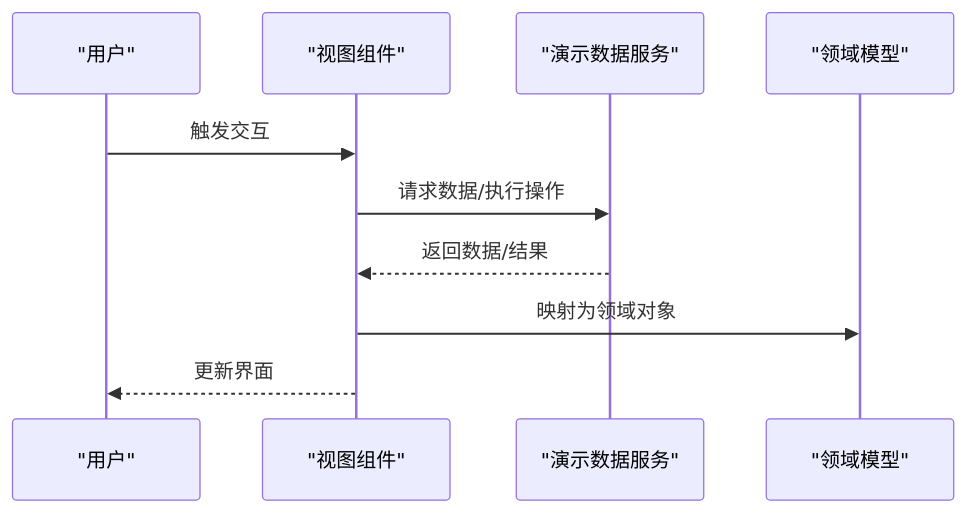
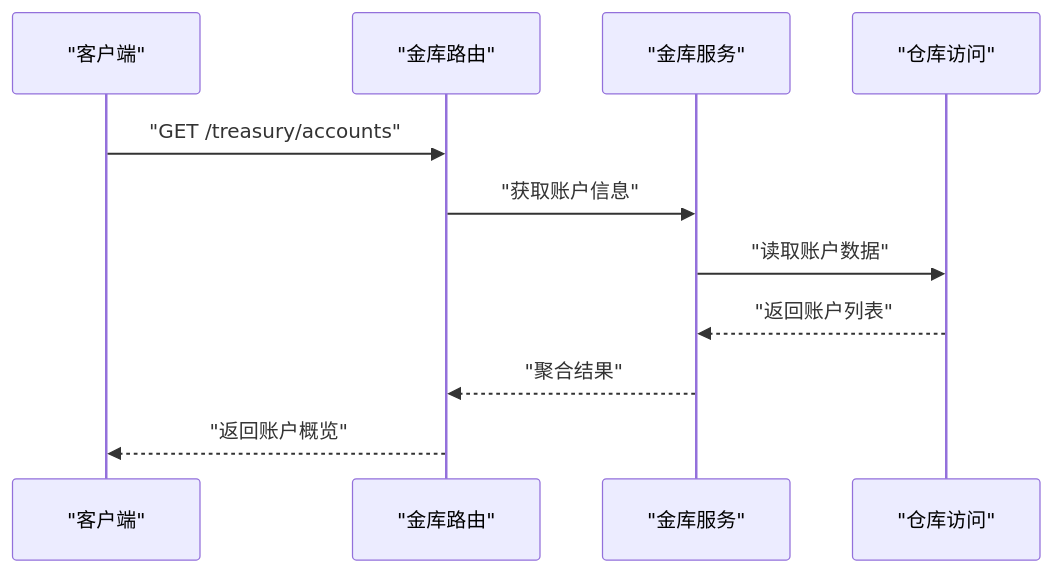
Before and after one commit to Maki3991/study-PactLedger: the fourth of 9 diagrams in .qoder/repowiki/zh/content/API参考文档/API参考文档.md, drawn with Mermaid. The commit also changed other lines of this file and 8 other files, not shown here.

````diff
--- a/.qoder/repowiki/zh/content/API参考文档/API参考文档.md
+++ b/.qoder/repowiki/zh/content/API参考文档/API参考文档.md
@@ -102,12 +216,13 @@
 ```mermaid
 sequenceDiagram
-participant U as "用户"
-participant V as "视图组件"
-participant S as "演示数据服务"
-participant M as "领域模型"
-U->>V : 触发交互
-V->>S : 请求数据/执行操作
-S-->>V : 返回数据/结果
-V->>M : 映射为领域对象
-V-->>U : 更新界面
+participant C as "客户端"
+participant TR as "金库路由"
+participant TS as "金库服务"
+participant RP as "仓库访问"
+C->>TR : "GET /treasury/accounts"
+TR->>TS : "获取账户信息"
+TS->>RP : "读取账户数据"
+RP-->>TS : "返回账户列表"
+TS-->>TR : "聚合结果"
+TR-->>C : "返回账户概览"
 ```
````
